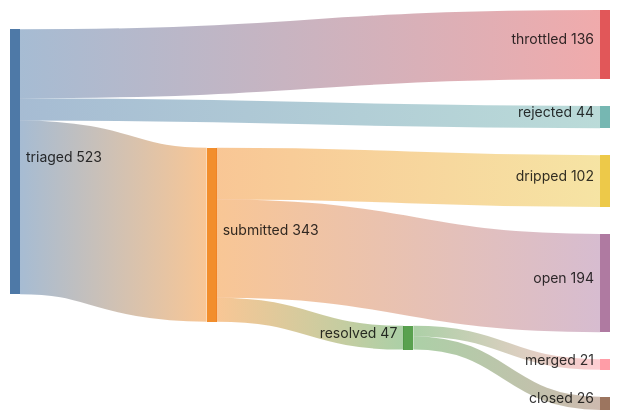
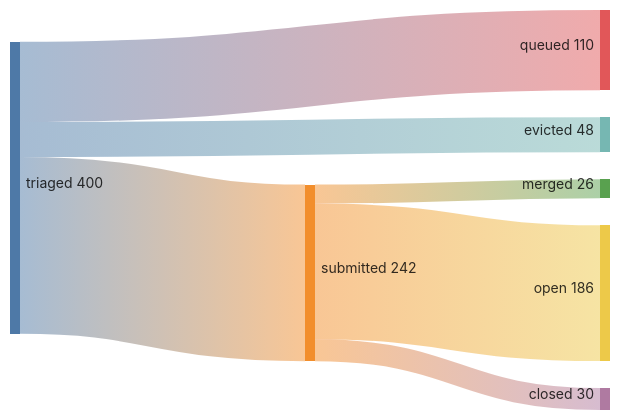
The first of 2 diagrams in README.md (kimjune01/kimjune01), drawn with Mermaid before and after one commit. The commit also changed other lines of this file, not shown here.

First line of the commit message:
retro 9: 26 merged, 46% rate, 38 repos

````diff
--- a/README.md
+++ b/README.md
@@ -3,11 +3,9 @@
 ```mermaid
 sankey-beta
-    triaged,    submitted, 343
-    triaged,    throttled, 136
-    triaged,    rejected,  44
-    submitted,  resolved,  47
-    submitted,  dripped,   102
-    submitted,  open,      194
-    resolved,   merged,    21
-    resolved,   closed,    26
+    triaged,    submitted, 242
+    triaged,    queued,    110
+    triaged,    evicted,    48
+    submitted,  merged,     26
+    submitted,  open,      186
+    submitted,  closed,     30
 ```
````
